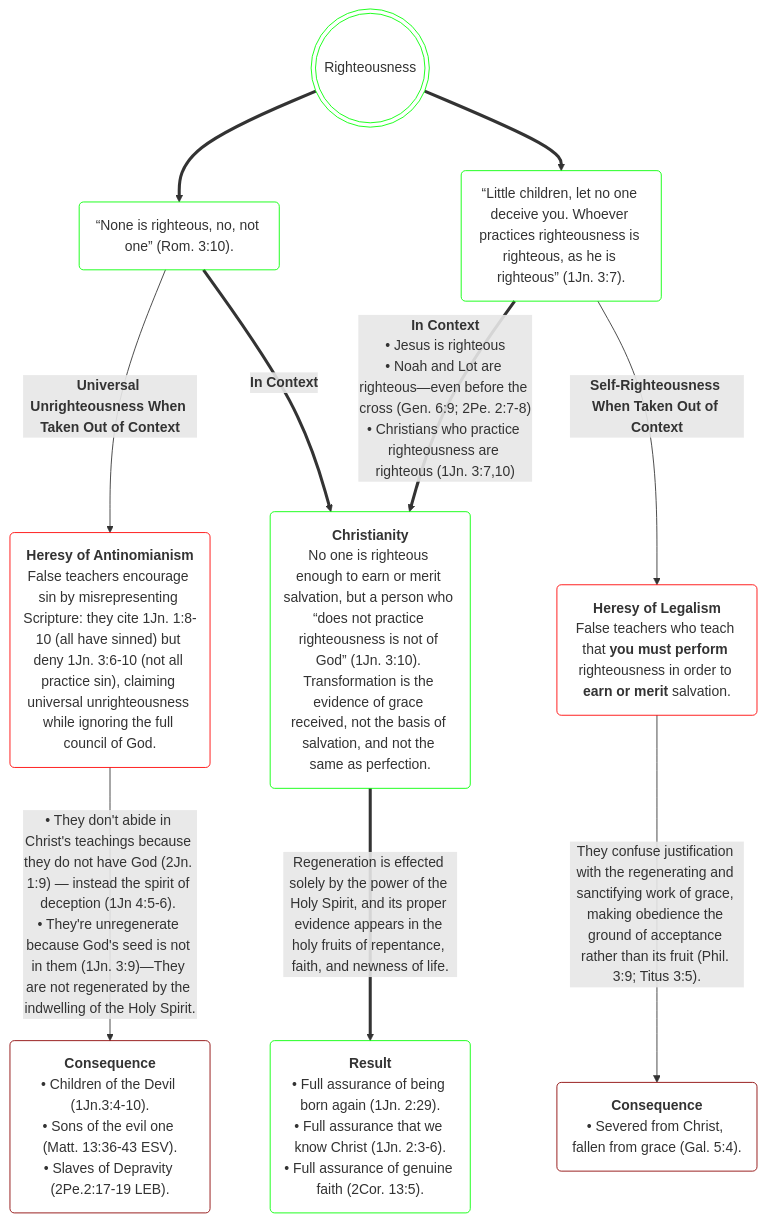
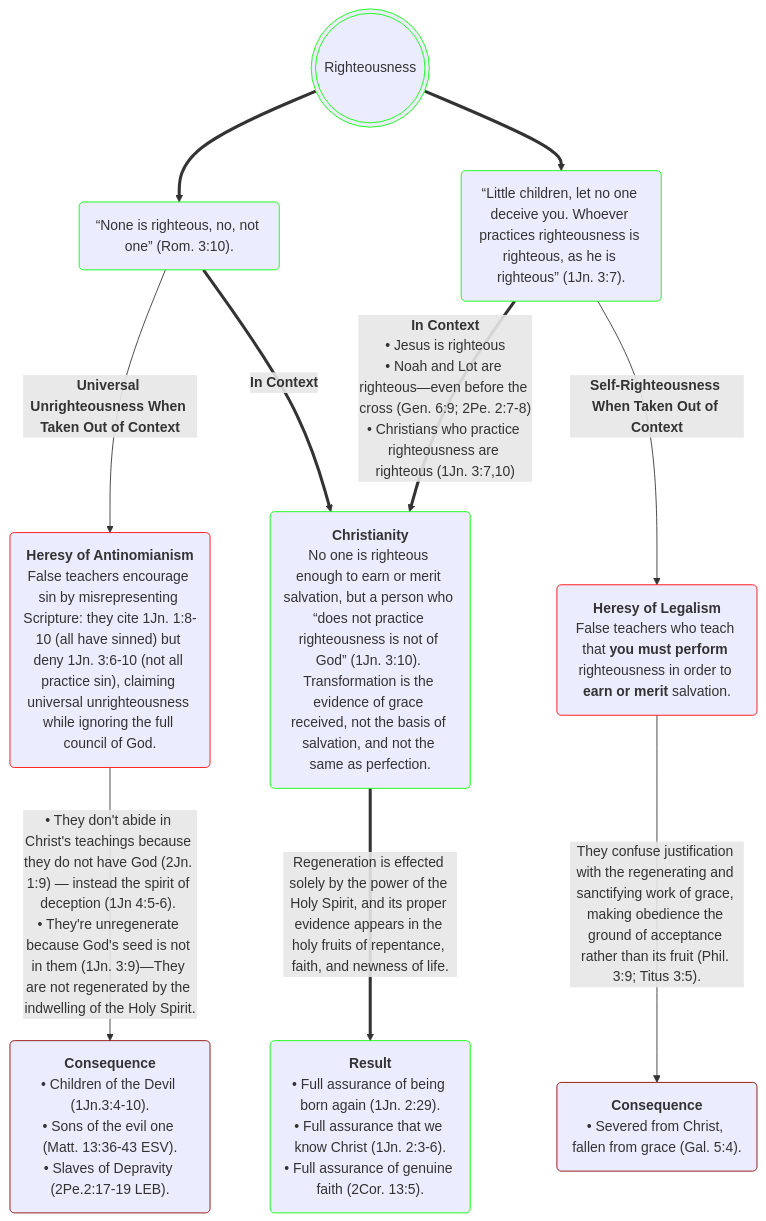
Before and after one commit to OrdoLuminis/ordoluminis.github.io: the diagram in _posts/2026-05-23-righteousness.markdown, drawn with Mermaid. The commit also changed other lines of this file, not shown here.

Commit message:
attempt 2

````diff
--- a/_posts/2026-05-23-righteousness.markdown
+++ b/_posts/2026-05-23-righteousness.markdown
@@ -46,16 +46,17 @@
 ```mermaid
+%%{init: {'theme':'default'}}%%
 flowchart TD
     A(((Righteousness))):::green
     A ==> B(&ldquo;None is righteous, no, not one&rdquo; &lpar;Rom. 3:10&rpar;.):::green
     A ==> C(&ldquo;Little children, let no one deceive you. Whoever practices righteousness is righteous, as he is righteous&rdquo; &lpar;1Jn. 3:7&rpar;.):::green
     B -->|<strong>Universal Unrighteousness When Taken Out of Context</strong>| D(<strong>Heresy of Antinomianism</strong><br>False teachers encourage sin by misrepresenting Scripture: they cite 1Jn. 1:8-10 &lpar;all have sinned&rpar; but deny 1Jn. 3:6-10 &lpar;not all practice sin&rpar;, claiming universal unrighteousness while ignoring the full council of God.):::red
     C -->|<strong>Self-Righteousness When Taken Out of Context</strong>| E(<strong>Heresy of Legalism</strong><br>False teachers who teach that <strong>you must perform</strong> righteousness in order to <strong>earn or merit</strong> salvation.):::red
     B ==>|<strong>In Context</strong>| F(<strong>Christianity</strong><br>No one is righteous enough to earn or merit salvation, but a person who &ldquo;does not practice righteousness is not of God&rdquo; &lpar;1Jn. 3:10&rpar;. Transformation is the evidence of grace received, not the basis of salvation, and not the same as perfection.):::green
     C ==>|<strong>In Context</strong><br>&bull; Jesus is righteous<br>&bull; Noah and Lot are righteous&mdash;even before the cross &lpar;Gen. 6:9; 2Pe. 2:7-8&rpar;<br>&bull; Christians who practice righteousness are righteous &lpar;1Jn. 3:7,10&rpar;| F
     D -->|&bull; They don't abide in Christ's teachings because they do not have God &lpar;2Jn. 1:9&rpar; &mdash; instead the spirit of deception &lpar;1Jn 4:5-6&rpar;. <br>&bull; They're unregenerate because God's seed is not in them &lpar;1Jn. 3:9&rpar;&mdash;They are not regenerated by the indwelling of the Holy Spirit.| G(<strong>Consequence</strong><br>&bull; Children of the Devil &lpar;1Jn.3:4-10&rpar;.<br>&bull; Sons of the evil one &lpar;Matt. 13:36-43 ESV&rpar;.<br>&bull; Slaves of Depravity &lpar;2Pe.2:17-19 LEB&rpar;.):::darkred
     E -->|They confuse justification with the regenerating and sanctifying work of grace, making obedience the ground of acceptance rather than its fruit &lpar;Phil. 3:9; Titus 3:5&rpar;.| H(<strong>Consequence</strong><br>&bull; Severed from Christ, fallen from grace &lpar;Gal. 5:4&rpar;.):::darkred
     F ==>|Regeneration is effected solely by the power of the Holy Spirit, and its proper evidence appears in the holy fruits of repentance, faith, and newness of life.| I(<strong>Result</strong><br>&bull; Full assurance of being born again &lpar;1Jn. 2:29&rpar;.<br>&bull; Full assurance that we know Christ &lpar;1Jn. 2:3-6&rpar;.<br>&bull; Full assurance of genuine faith &lpar;2Cor. 13:5&rpar;. ):::green
-    classDef red stroke:#f00, fill:none
-    classDef green stroke:#0f0, fill:none
-    classDef darkred stroke:#8B0000, fill:none
+    classDef red stroke:#f00
+    classDef green stroke:#0f0
+    classDef darkred stroke:#8B0000
 ```
````
